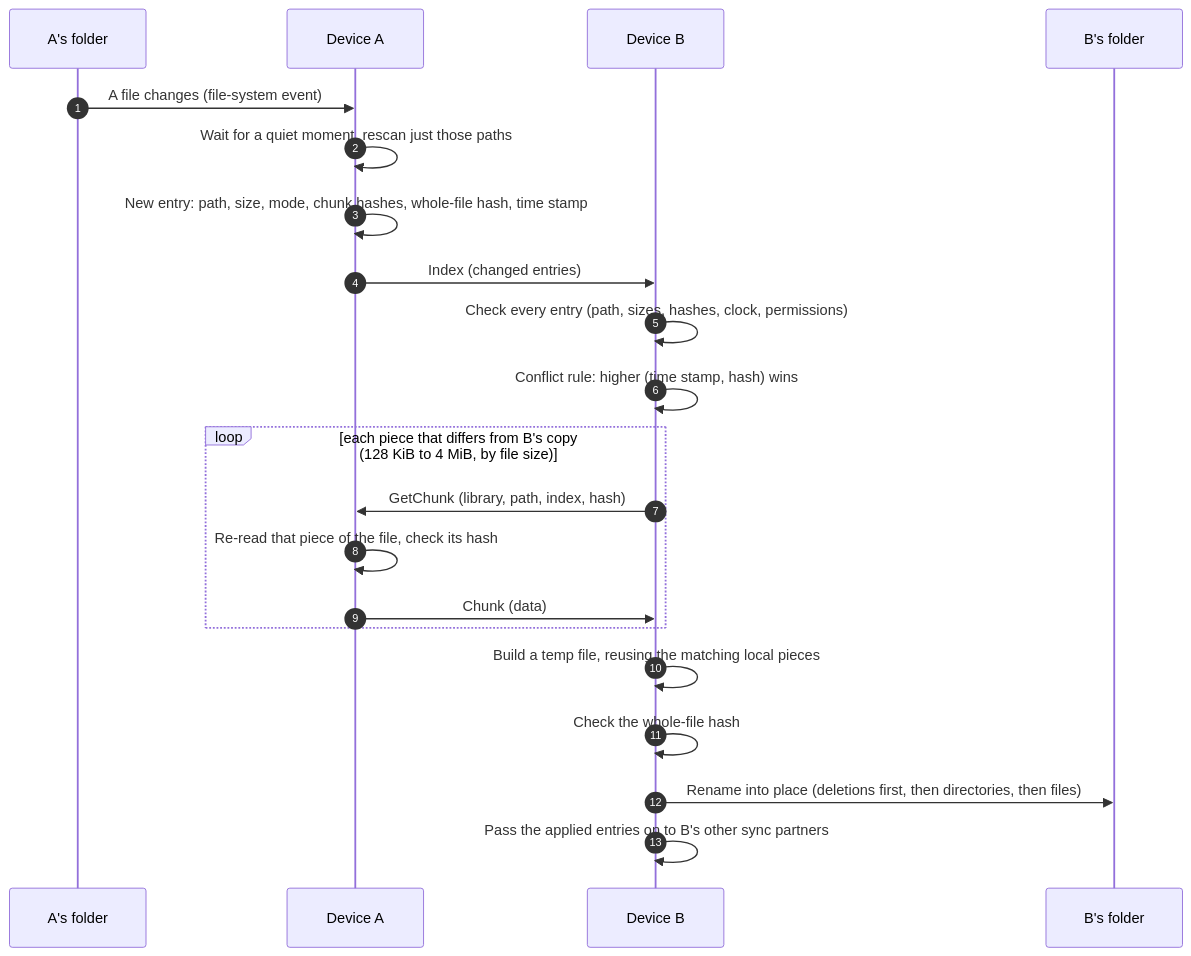
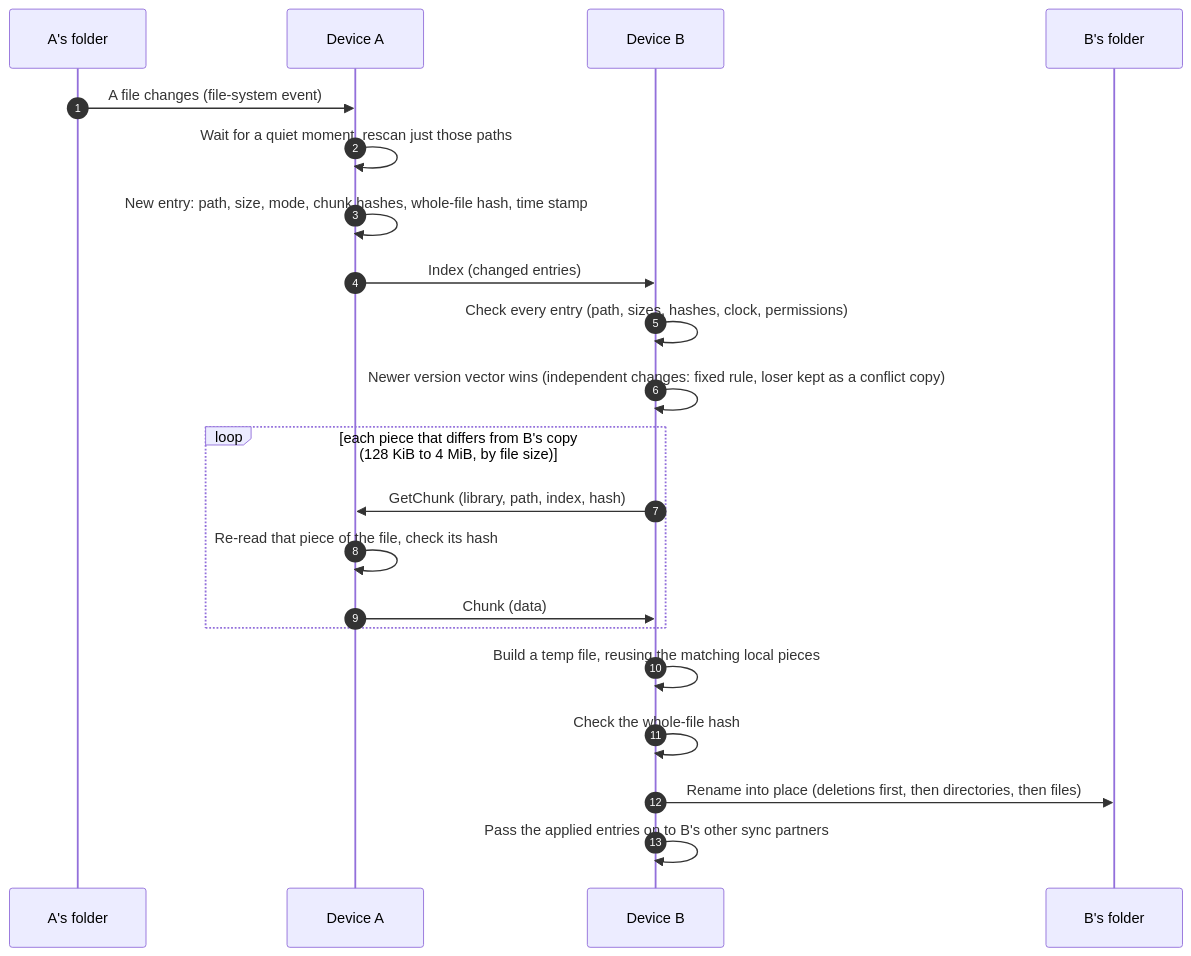
Before and after one commit to mrmoss/rustsync: the fourth of 5 diagrams in SECURITY.md, drawn with Mermaid. The commit also changed other lines of this file and 9 other files, not shown here.

````diff
--- a/SECURITY.md
+++ b/SECURITY.md
@@ -193,23 +193,23 @@
 ```mermaid
 sequenceDiagram
     autonumber
     participant F as A's folder
     participant A as Device A
     participant B as Device B
     participant G as B's folder
     F->>A: A file changes (file-system event)
     A->>A: Wait for a quiet moment, rescan just those paths
     A->>A: New entry: path, size, mode, chunk hashes, whole-file hash, time stamp
     A->>B: Index (changed entries)
     B->>B: Check every entry (path, sizes, hashes, clock, permissions)
-    B->>B: Conflict rule: higher (time stamp, hash) wins
+    B->>B: Newer version vector wins (independent changes: fixed rule, loser kept as a conflict copy)
     loop each piece that differs from B's copy (128 KiB to 4 MiB, by file size)
         B->>A: GetChunk (library, path, index, hash)
         A->>A: Re-read that piece of the file, check its hash
         A->>B: Chunk (data)
     end
     B->>B: Build a temp file, reusing the matching local pieces
     B->>B: Check the whole-file hash
     B->>G: Rename into place (deletions first, then directories, then files)
     B->>B: Pass the applied entries on to B's other sync partners
 ```
````
